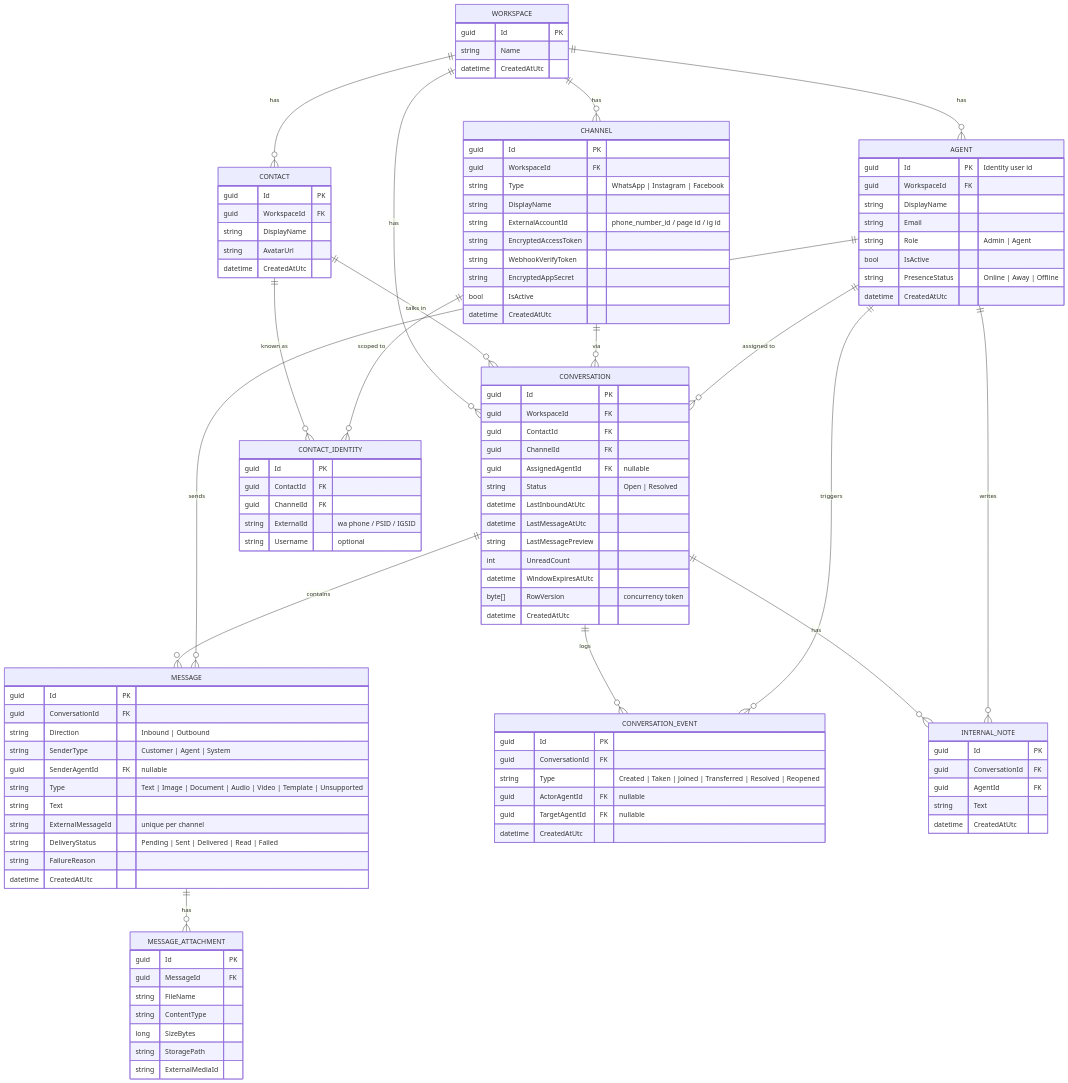
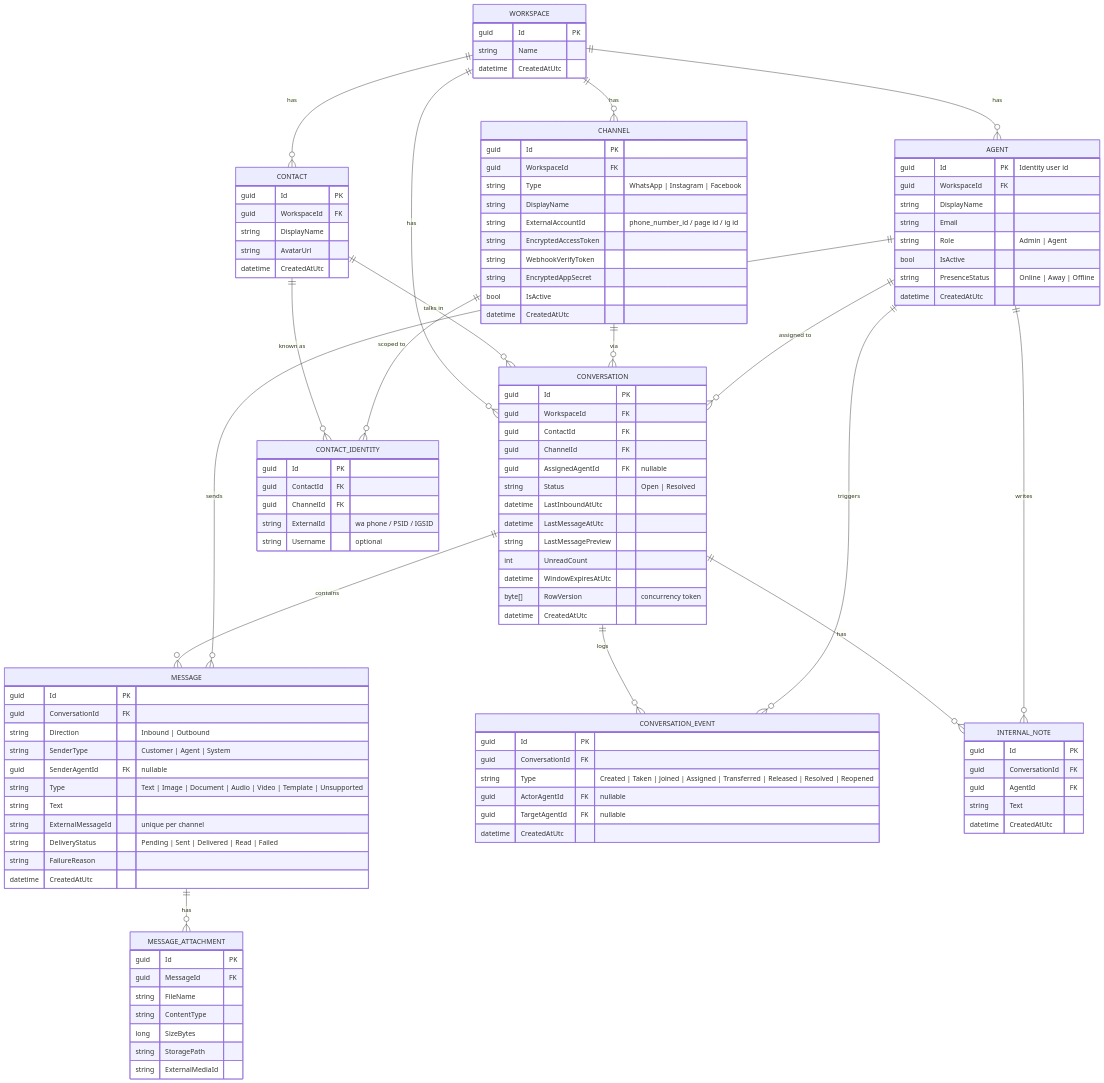
One commit to sief-elmenshawi/UnifiedInbox changed the second of 5 diagrams in docs/unified-inbox-spec.md. Above: the diagram before and after it, drawn with Mermaid. The commit also changed 4 other files, not shown here.

```diff
--- a/docs/unified-inbox-spec.md
+++ b/docs/unified-inbox-spec.md
@@ -269,7 +269,7 @@
     CONVERSATION_EVENT {
         guid Id PK
         guid ConversationId FK
-        string Type "Created | Taken | Joined | Transferred | Resolved | Reopened"
+        string Type "Created | Taken | Joined | Assigned | Transferred | Released | Resolved | Reopened"
         guid ActorAgentId FK "nullable"
         guid TargetAgentId FK "nullable"
         datetime CreatedAtUtc
```
